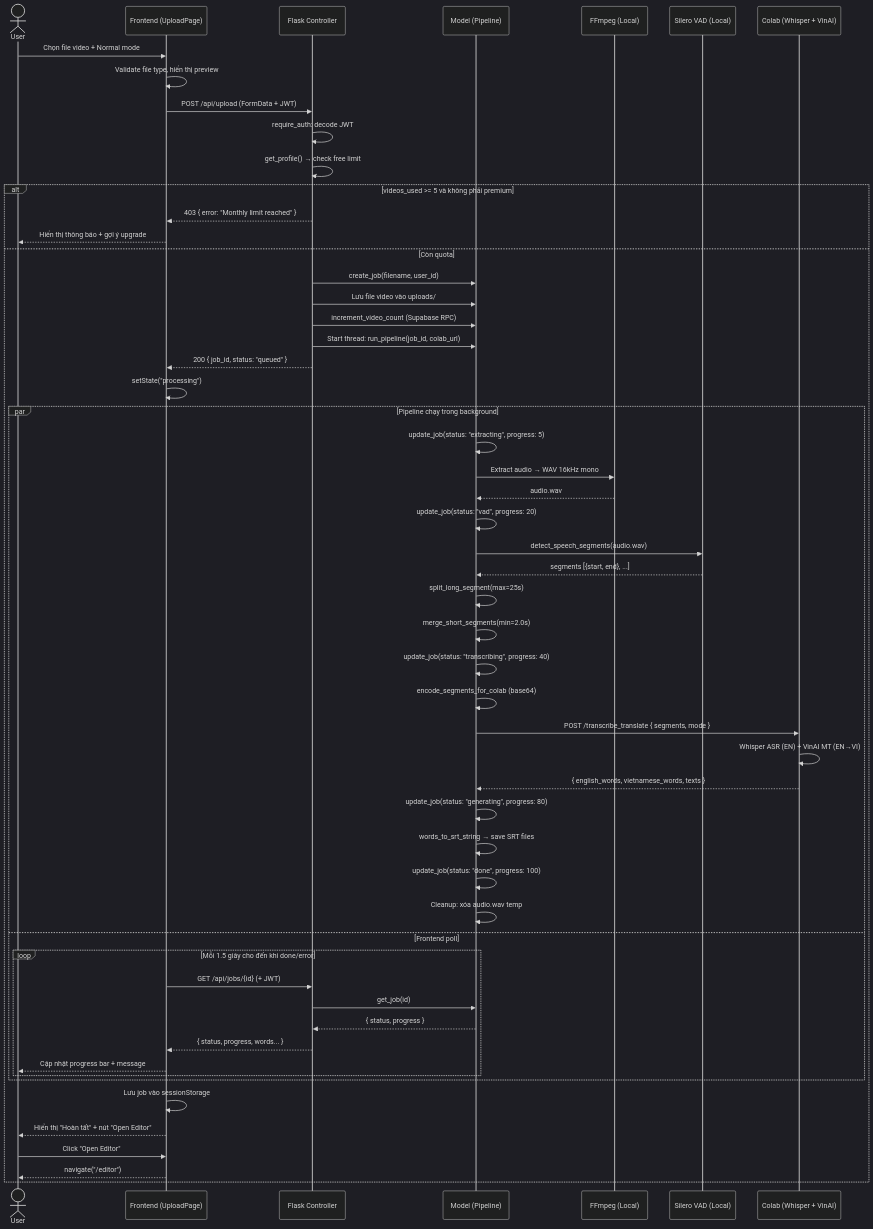
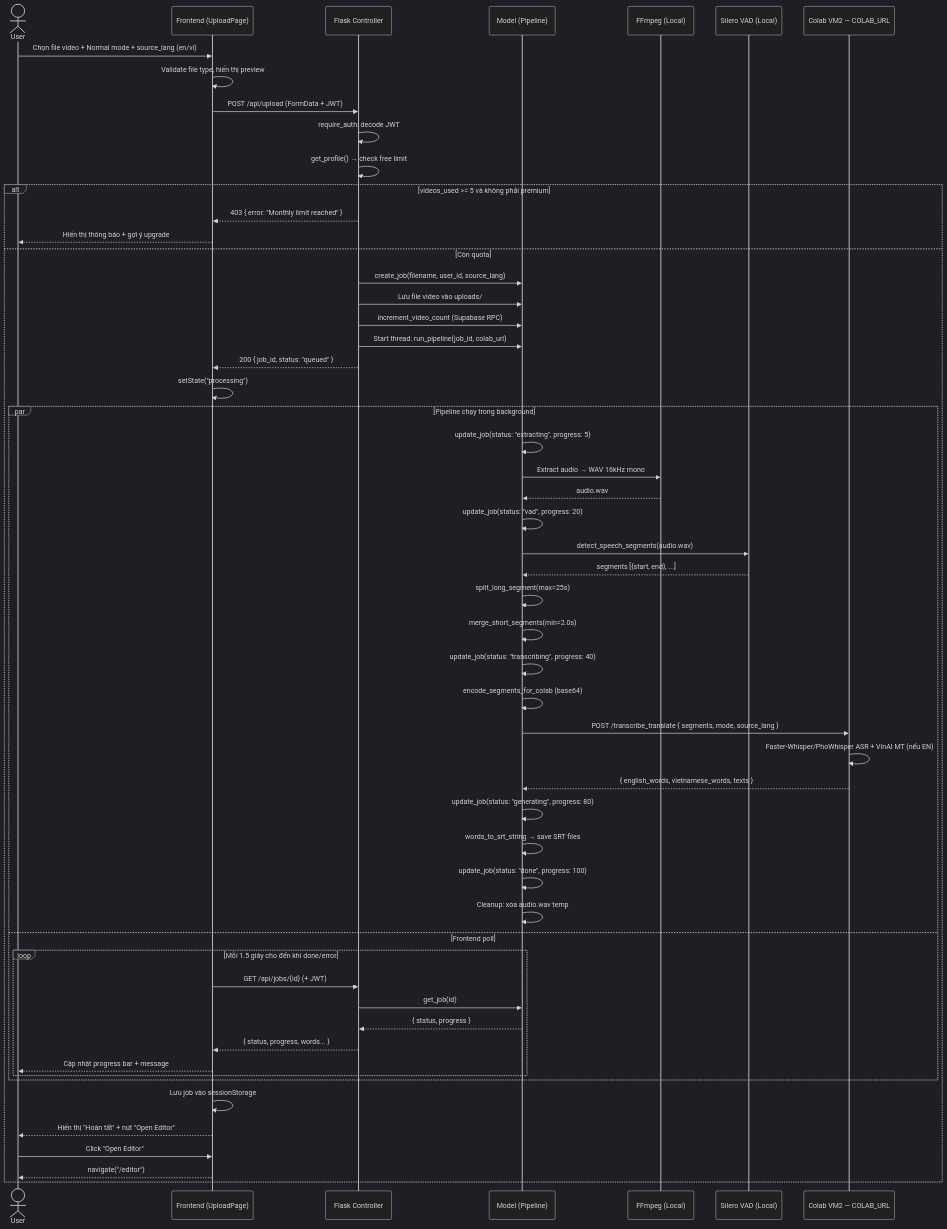
Before and after one commit to SonDinh1129/subtitle-project: the sixth of 19 diagrams in docs/system-flows.md, drawn with Mermaid (dark theme). The commit also changed other lines of this file and 1 other file, not shown here.

First line of the commit message:
docs: refactor system-flows and usecases for 2-VM Kyutai architecture

````diff
--- a/docs/system-flows.md
+++ b/docs/system-flows.md
@@ -174,67 +175,67 @@
 ```mermaid
 sequenceDiagram
     actor User
     participant FE as Frontend (UploadPage)
     participant Flask as Flask Controller
     participant Model as Model (Pipeline)
     participant FFmpeg as FFmpeg (Local)
     participant VAD as Silero VAD (Local)
-    participant Colab as Colab (Whisper + VinAI)
+    participant VM2 as Colab VM2 — COLAB_URL
 
-    User->>FE: Chọn file video + Normal mode
+    User->>FE: Chọn file video + Normal mode + source_lang (en/vi)
     FE->>FE: Validate file type, hiển thị preview
 
     FE->>Flask: POST /api/upload (FormData + JWT)
     Flask->>Flask: require_auth: decode JWT
     Flask->>Flask: get_profile() → check free limit
     alt videos_used >= 5 và không phải premium
         Flask-->>FE: 403 { error: "Monthly limit reached" }
         FE-->>User: Hiển thị thông báo + gợi ý upgrade
     else Còn quota
-        Flask->>Model: create_job(filename, user_id)
+        Flask->>Model: create_job(filename, user_id, source_lang)
         Flask->>Model: Lưu file video vào uploads/
         Flask->>Model: increment_video_count (Supabase RPC)
 
         Flask->>Model: Start thread: run_pipeline(job_id, colab_url)
         Flask-->>FE: 200 { job_id, status: "queued" }
 
         FE->>FE: setState("processing")
 
         par Pipeline chạy trong background
             Model->>Model: update_job(status: "extracting", progress: 5)
             Model->>FFmpeg: Extract audio → WAV 16kHz mono
             FFmpeg-->>Model: audio.wav
 
             Model->>Model: update_job(status: "vad", progress: 20)
             Model->>VAD: detect_speech_segments(audio.wav)
             VAD-->>Model: segments [{start, end}, ...]
             Model->>Model: split_long_segment(max=25s)
             Model->>Model: merge_short_segments(min=2.0s)
 
             Model->>Model: update_job(status: "transcribing", progress: 40)
             Model->>Model: encode_segments_for_colab (base64)
-            Model->>Colab: POST /transcribe_translate { segments, mode }
-            Colab->>Colab: Whisper ASR (EN) + VinAI MT (EN→VI)
-            Colab-->>Model: { english_words, vietnamese_words, texts }
+            Model->>VM2: POST /transcribe_translate { segments, mode, source_lang }
+            VM2->>VM2: Faster-Whisper/PhoWhisper ASR + VinAI MT (nếu EN)
+            VM2-->>Model: { english_words, vietnamese_words, texts }
 
             Model->>Model: update_job(status: "generating", progress: 80)
             Model->>Model: words_to_srt_string → save SRT files
 
             Model->>Model: update_job(status: "done", progress: 100)
             Model->>Model: Cleanup: xóa audio.wav temp
         and Frontend poll
             loop Mỗi 1.5 giây cho đến khi done/error
                 FE->>Flask: GET /api/jobs/{id} (+ JWT)
                 Flask->>Model: get_job(id)
                 Model-->>Flask: { status, progress }
                 Flask-->>FE: { status, progress, words... }
                 FE-->>User: Cập nhật progress bar + message
             end
         end
 
         FE->>FE: Lưu job vào sessionStorage
         FE-->>User: Hiển thị "Hoàn tất" + nút "Open Editor"
         User->>FE: Click "Open Editor"
         FE-->>User: navigate("/editor")
     end
 ```
````
